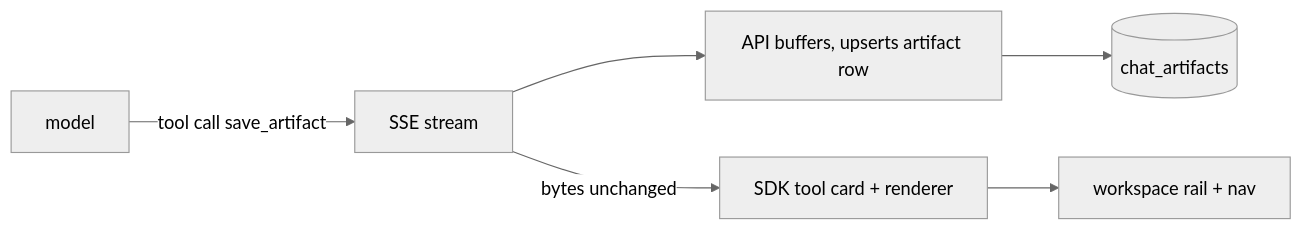
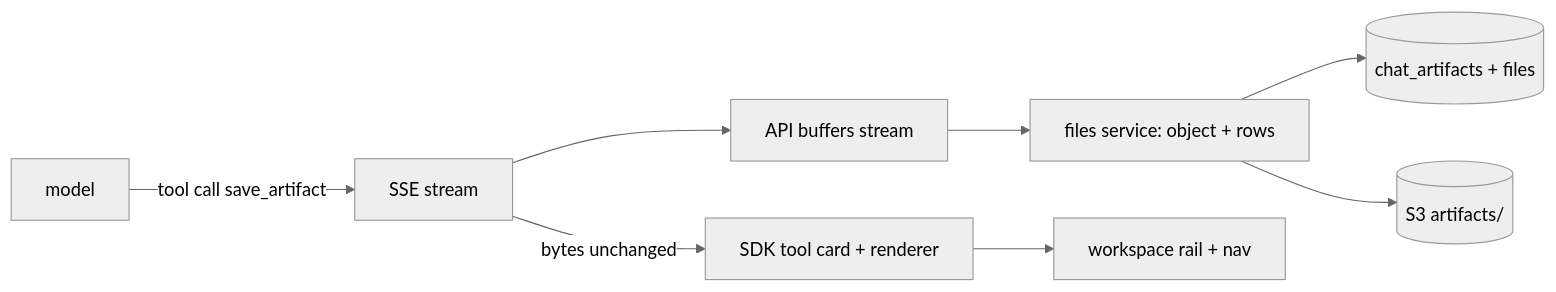
Before and after one commit to mac-lisowski/project-taipan: the diagram in docs/specs/planned/chat-artifacts/spec.md, drawn with Mermaid (neutral theme). The commit also changed other lines of this file and 10 other files, not shown here.

First line of the commit message:
docs: add object-storage spec, amend chat specs to consume it

````diff
--- a/docs/specs/planned/chat-artifacts/spec.md
+++ b/docs/specs/planned/chat-artifacts/spec.md
@@ -100,8 +115,10 @@
 ```mermaid
 flowchart LR
   M[model] -->|tool call save_artifact| S[SSE stream]
-  S --> P[API buffers, upserts artifact row]
+  S --> P[API buffers stream]
   S -->|bytes unchanged| SDK[SDK tool card + renderer]
-  P --> DB[(chat_artifacts)]
+  P --> F[files service: object + rows]
+  F --> DB[(chat_artifacts + files)]
+  F --> O[(S3 artifacts/)]
   SDK --> W[workspace rail + nav]
 ```
````
